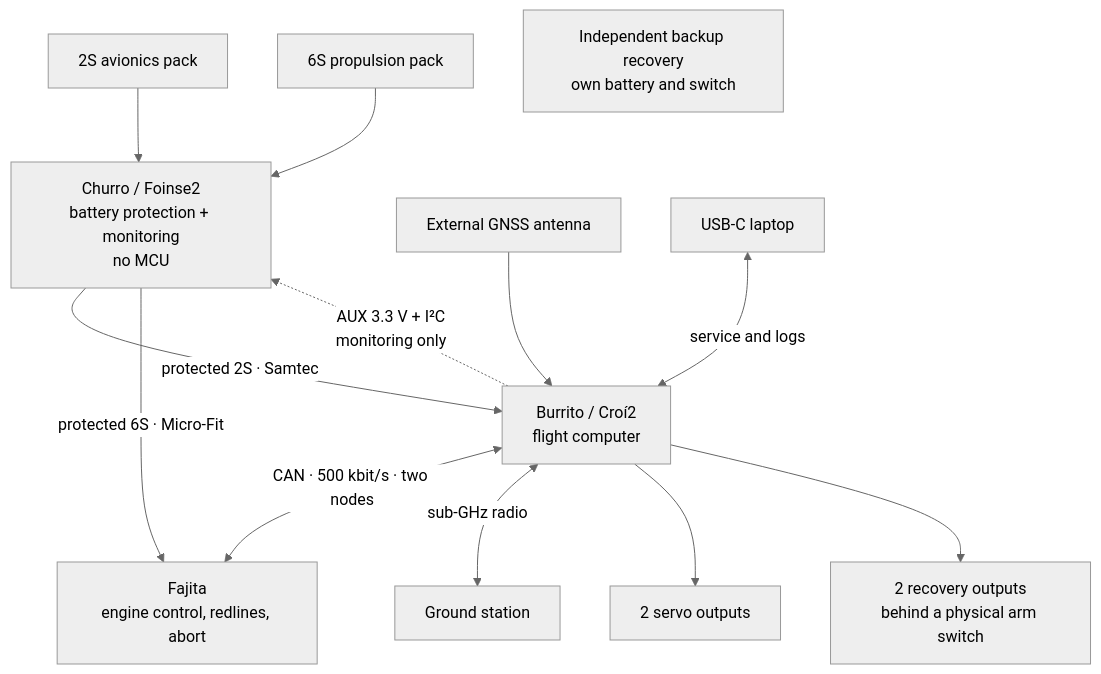
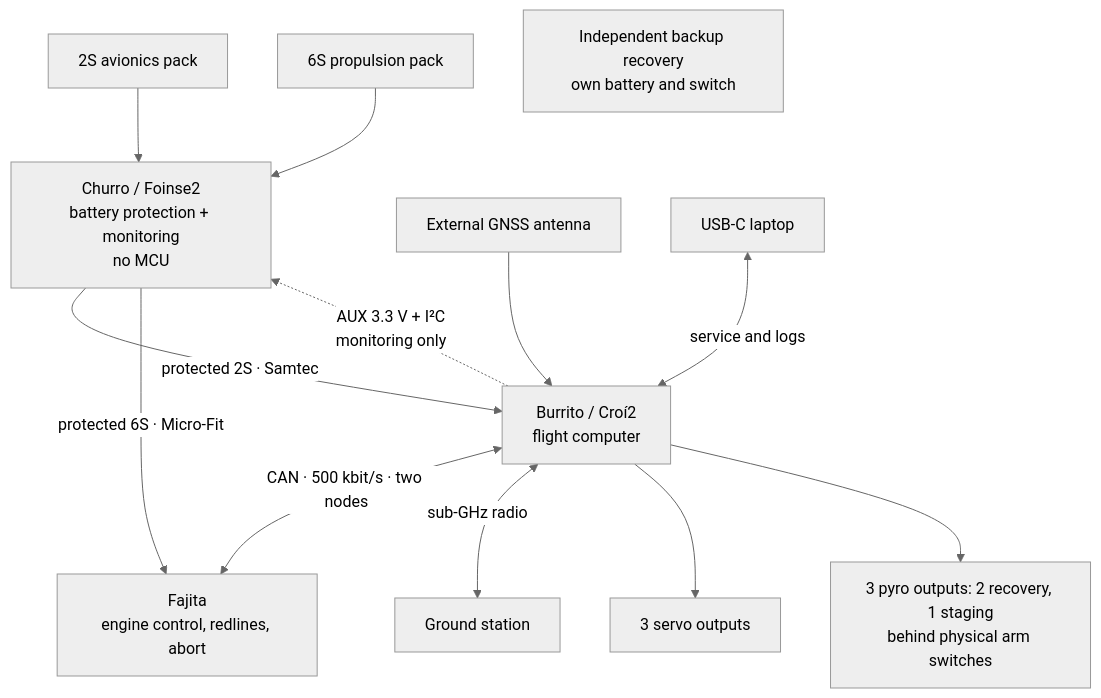
The first of 3 diagrams in docs/architecture/system-tour.md (ULAS-HiPR/Ogma2), drawn with Mermaid (neutral theme) before and after one commit. The commit also changed other lines of this file and 14 other files, not shown here.

````diff
--- a/docs/architecture/system-tour.md
+++ b/docs/architecture/system-tour.md
@@ -11,22 +11,22 @@
 ```mermaid
 flowchart TB
   AV["2S avionics pack"] --> C["Churro / Foinse2
 battery protection + monitoring
 no MCU"]
   PROP["6S propulsion pack"] --> C
   C -->|"protected 2S · Samtec"| B["Burrito / Croí2
 flight computer"]
   C -->|"protected 6S · Micro-Fit"| F["Fajita
 engine control, redlines, abort"]
   B <-->|"CAN · 500 kbit/s · two nodes"| F
   B -.->|"AUX 3.3 V + I²C
 monitoring only"| C
   B <-->|"sub-GHz radio"| G["Ground station"]
   A["External GNSS antenna"] --> B
   U["USB-C laptop"] <-->|"service and logs"| B
-  B --> S["2 servo outputs"]
-  B --> O["2 recovery outputs
-behind a physical arm switch"]
+  B --> S["3 servo outputs"]
+  B --> O["3 pyro outputs: 2 recovery, 1 staging
+behind physical arm switches"]
   I["Independent backup recovery
 own battery and switch"]
 ```
````
